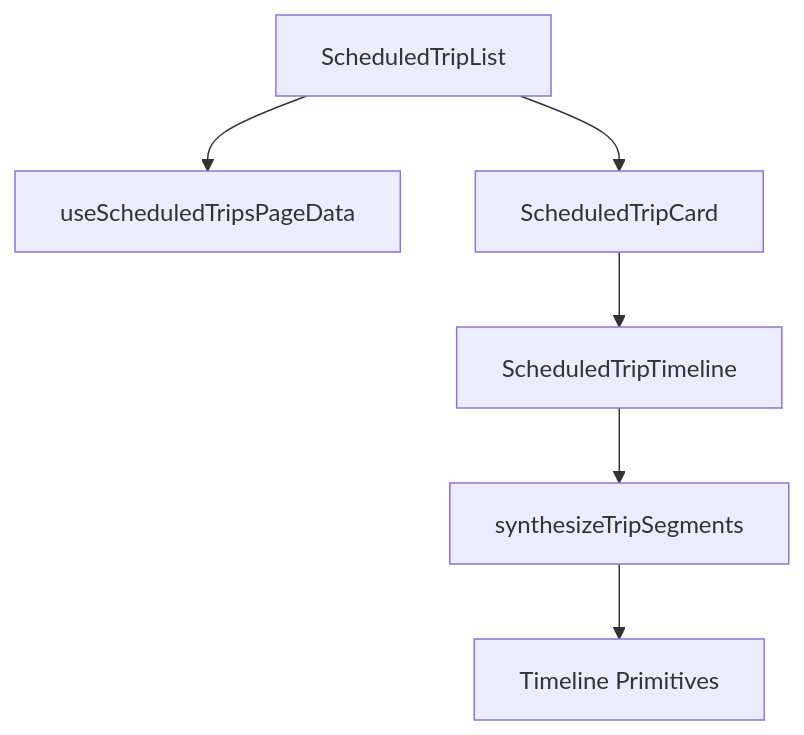
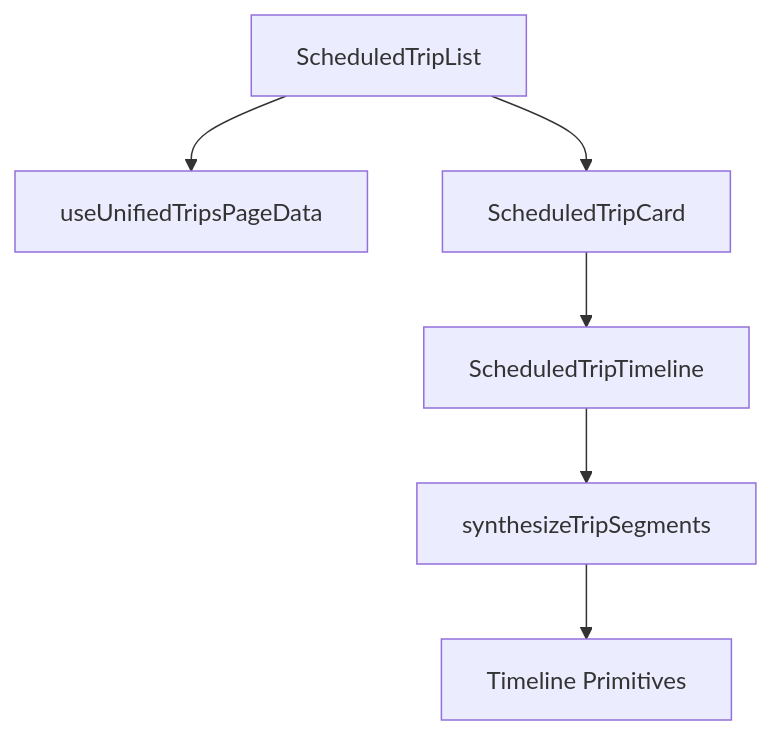
One commit to RobJacobson/ferryjoy-client-neo changed the diagram in src/features/TimelineFeatures/ScheduledTrips/README.md. Above: the diagram before and after it, drawn with Mermaid. The commit also changed other lines of this file and 5 other files, not shown here.

First line of the commit message:
refactor: consolidate ScheduledTrips data handling with unified hooks

````diff
--- a/src/features/TimelineFeatures/ScheduledTrips/README.md
+++ b/src/features/TimelineFeatures/ScheduledTrips/README.md
@@ -42,8 +41,8 @@
 ```mermaid
 graph TD
-    List[ScheduledTripList] --> Hook[useScheduledTripsPageData]
+    List[ScheduledTripList] --> Hook[useUnifiedTripsPageData]
     List --> Card[ScheduledTripCard]
     Card --> Timeline[ScheduledTripTimeline]
     Timeline --> Synthesis[synthesizeTripSegments]
     Synthesis --> Primitives[Timeline Primitives]
 ```
````
